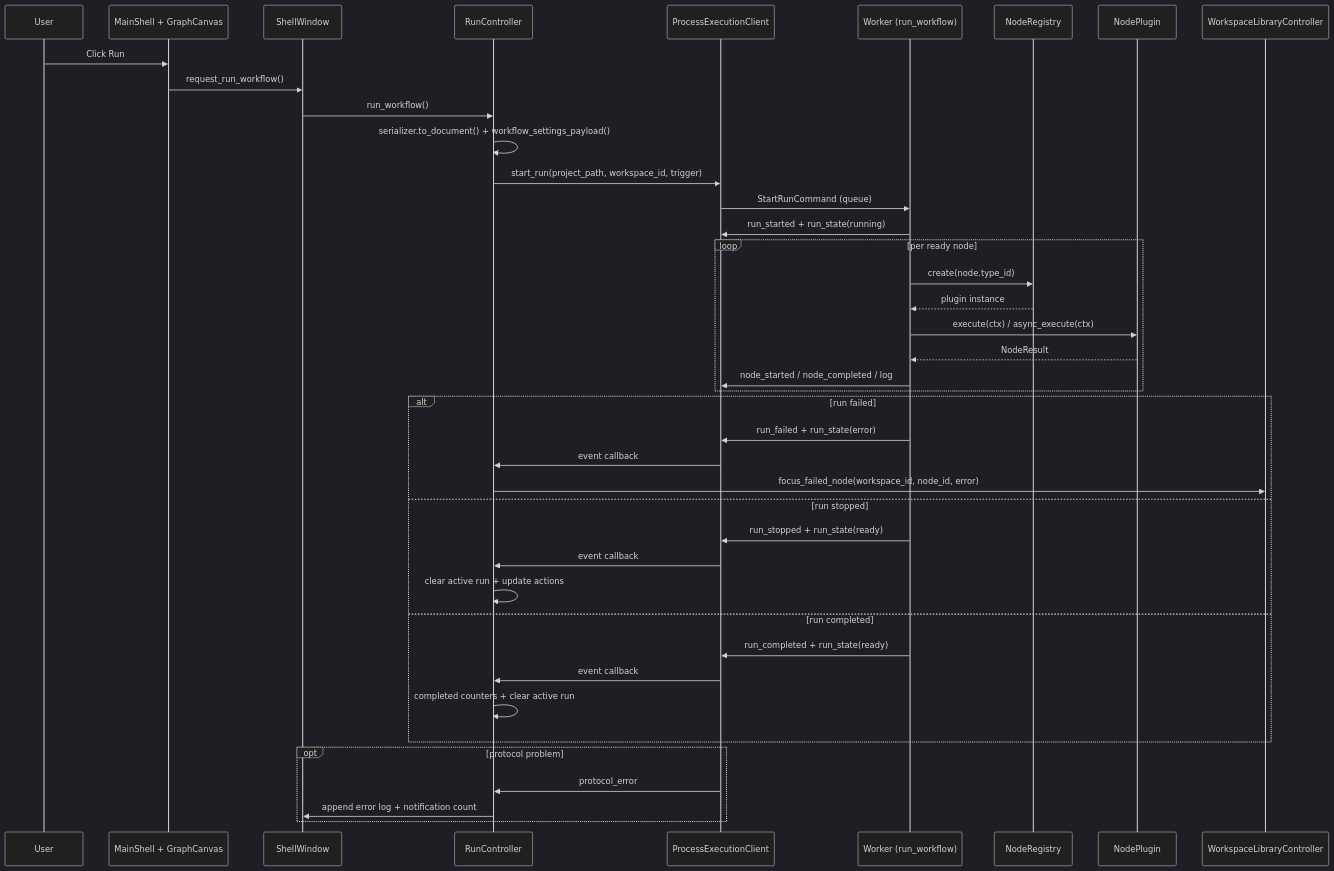
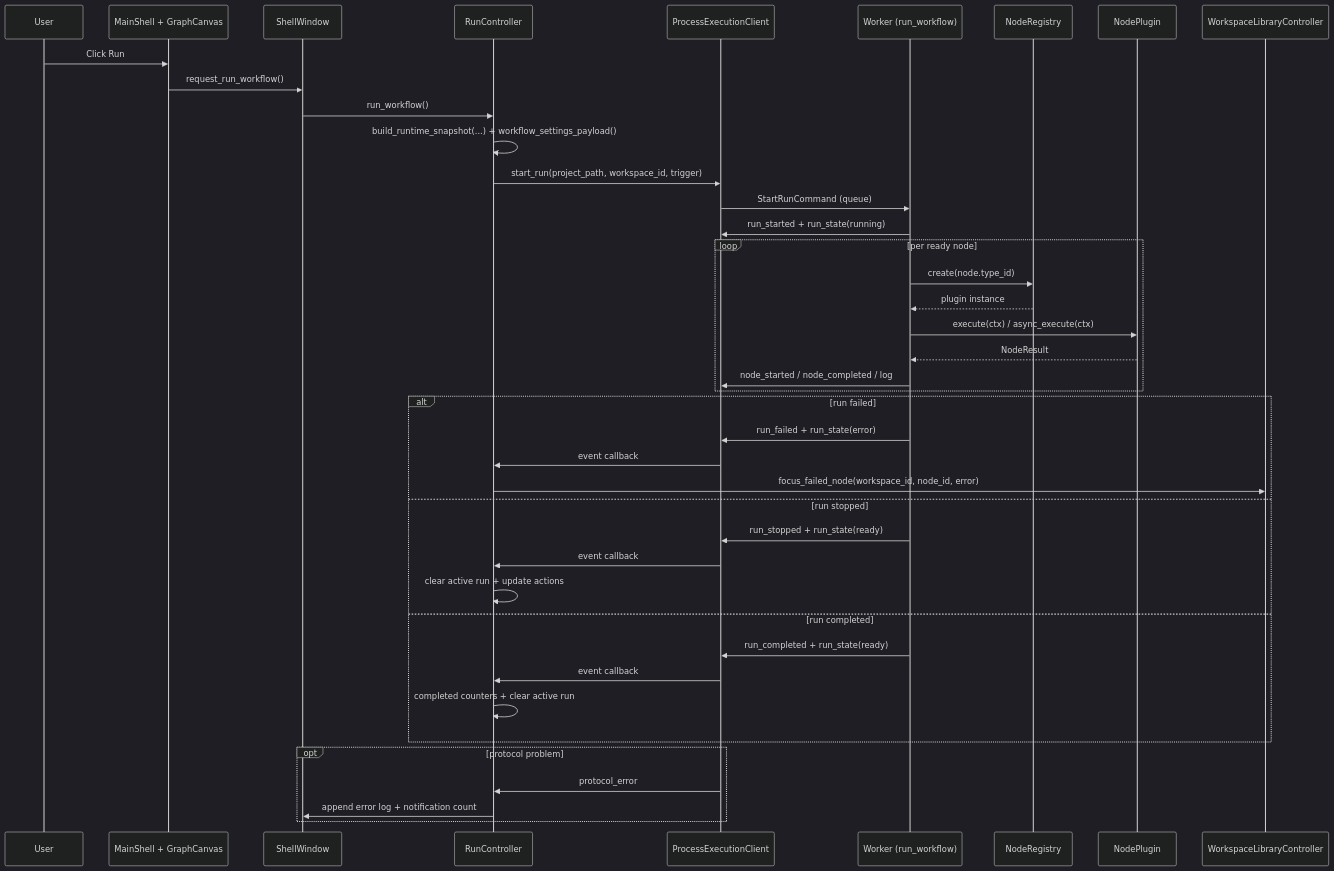
One commit to emreatay993/EA_Node changed the third of 3 diagrams in ARCHITECTURE.md. Above: the diagram before and after it, drawn with Mermaid (dark theme). The commit also changed other lines of this file and 6 other files, not shown here.

````diff
--- a/ARCHITECTURE.md
+++ b/ARCHITECTURE.md
@@ -262,47 +265,47 @@
 ```mermaid
 sequenceDiagram
     participant User
     participant QML as MainShell + GraphCanvas
     participant SW as ShellWindow
     participant RC as RunController
     participant EC as ProcessExecutionClient
     participant W as Worker (run_workflow)
     participant R as NodeRegistry
     participant P as NodePlugin
     participant WLC as WorkspaceLibraryController
 
     User->>QML: Click Run
     QML->>SW: request_run_workflow()
     SW->>RC: run_workflow()
-    RC->>RC: serializer.to_document() + workflow_settings_payload()
+    RC->>RC: build_runtime_snapshot(...) + workflow_settings_payload()
     RC->>EC: start_run(project_path, workspace_id, trigger)
     EC->>W: StartRunCommand (queue)
     W->>EC: run_started + run_state(running)
 
     loop per ready node
         W->>R: create(node.type_id)
         R-->>W: plugin instance
         W->>P: execute(ctx) / async_execute(ctx)
         P-->>W: NodeResult
         W->>EC: node_started / node_completed / log
     end
 
     alt run failed
         W->>EC: run_failed + run_state(error)
         EC->>RC: event callback
         RC->>WLC: focus_failed_node(workspace_id, node_id, error)
     else run stopped
         W->>EC: run_stopped + run_state(ready)
         EC->>RC: event callback
         RC->>RC: clear active run + update actions
     else run completed
         W->>EC: run_completed + run_state(ready)
         EC->>RC: event callback
         RC->>RC: completed counters + clear active run
     end
 
     opt protocol problem
         EC->>RC: protocol_error
         RC->>SW: append error log + notification count
     end
 ```
````
